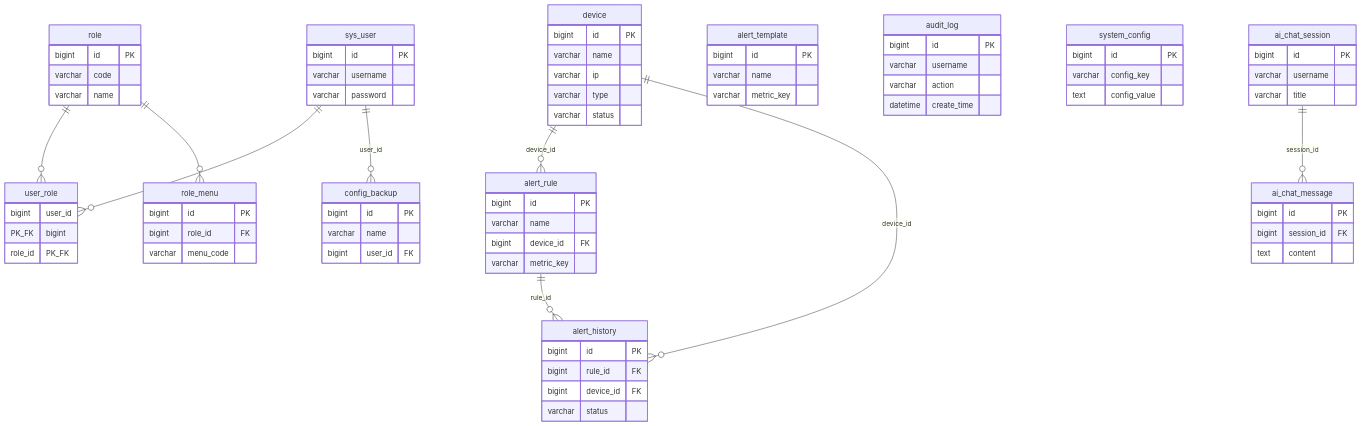
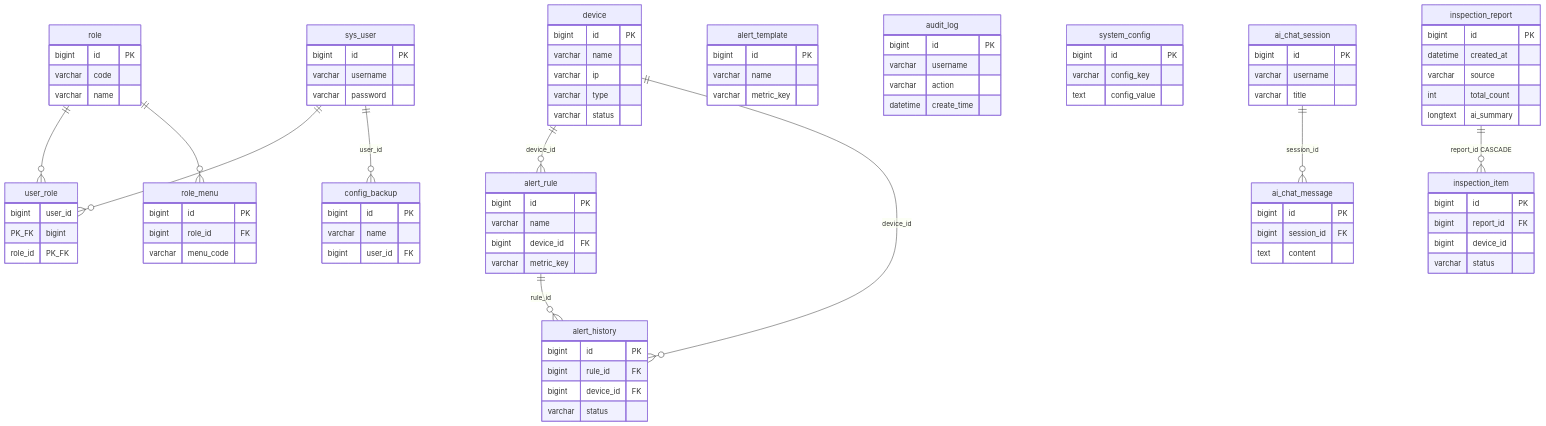
The second of 2 diagrams in docs/全局ER图-含属性.md (zedberark/jiankong), drawn with Mermaid before and after one commit. The commit also changed other lines of this file and 17 other files, not shown here.

````diff
--- a/docs/全局ER图-含属性.md
+++ b/docs/全局ER图-含属性.md
@@ -237,6 +265,19 @@
         bigint session_id FK
         text content
     }
+    inspection_report {
+        bigint id PK
+        datetime created_at
+        varchar source
+        int total_count
+        longtext ai_summary
+    }
+    inspection_item {
+        bigint id PK
+        bigint report_id FK
+        bigint device_id
+        varchar status
+    }
     sys_user ||--o{ user_role : ""
     role ||--o{ user_role : ""
     role ||--o{ role_menu : ""
@@ -245,4 +286,5 @@
     alert_rule ||--o{ alert_history : "rule_id"
     sys_user ||--o{ config_backup : "user_id"
     ai_chat_session ||--o{ ai_chat_message : "session_id"
+    inspection_report ||--o{ inspection_item : "report_id CASCADE"
 ```
````
